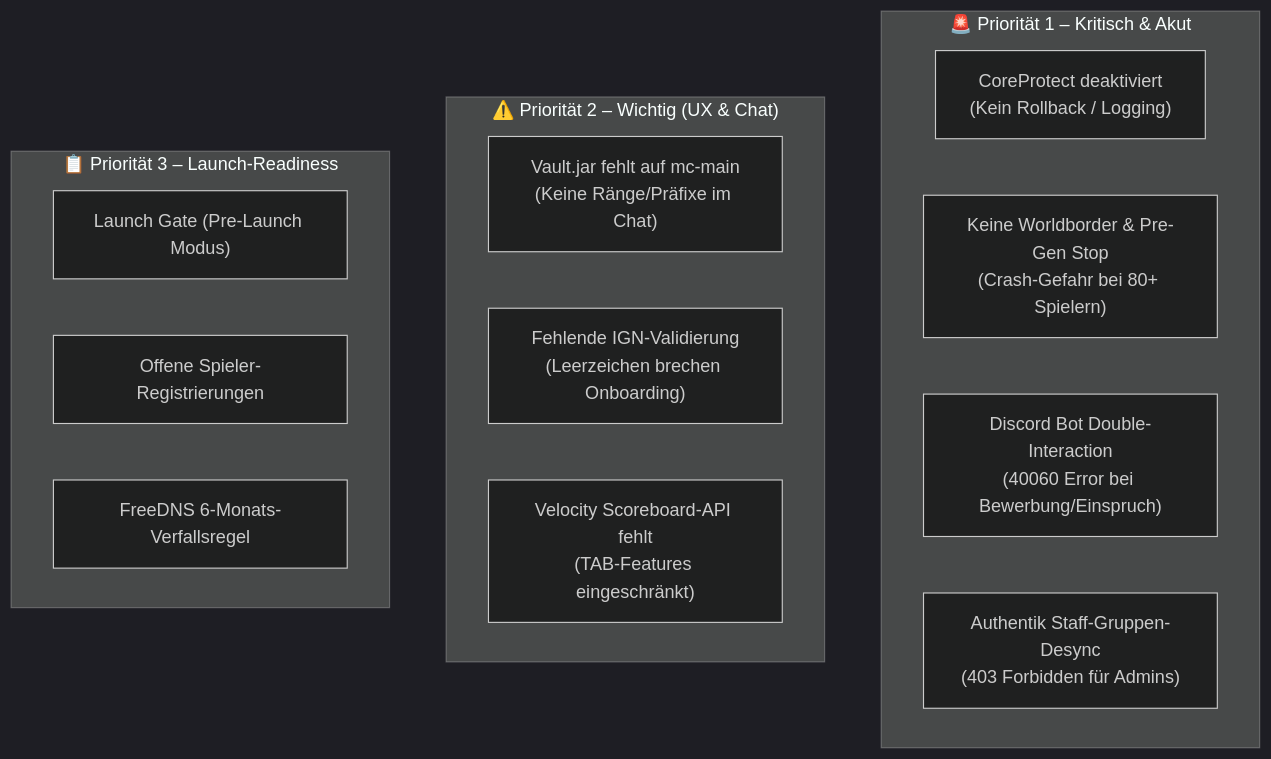
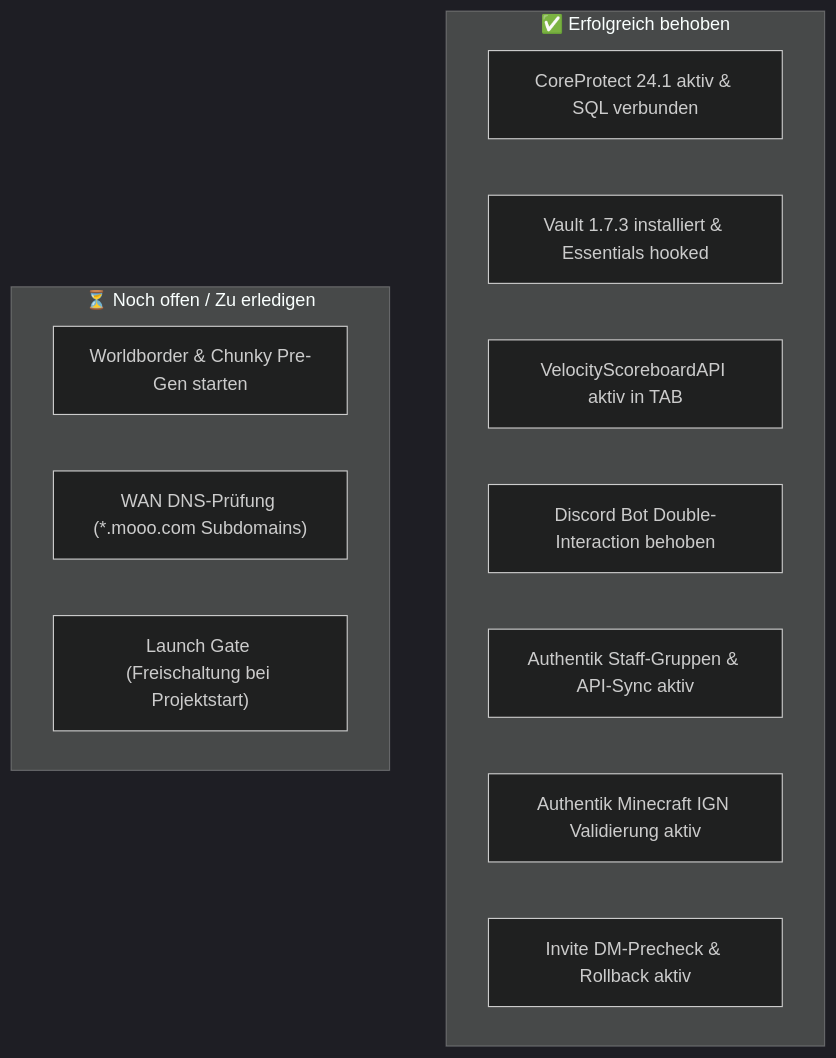
The diagram in docs/open_issues_and_action_items.md (Tigimax/minecraft-weihnachtsdorf-team), drawn with Mermaid (dark theme) before and after one commit. The commit also changed other lines of this file and 5 other files, not shown here.

Commit message:
fix: resolve CoreProtect 26.3, Vault, TAB scoreboard, bot buttons, Authentik validation & DM rollback

````diff
--- a/docs/open_issues_and_action_items.md
+++ b/docs/open_issues_and_action_items.md
@@ -11,21 +10,18 @@
 ```mermaid
 flowchart TD
-    subgraph P1["🚨 Priorität 1 – Kritisch & Akut"]
-        CP["CoreProtect deaktiviert<br/>(Kein Rollback / Logging)"]
-        WB["Keine Worldborder & Pre-Gen Stop<br/>(Crash-Gefahr bei 80+ Spielern)"]
-        BOT["Discord Bot Double-Interaction<br/>(40060 Error bei Bewerbung/Einspruch)"]
-        AK["Authentik Staff-Gruppen-Desync<br/>(403 Forbidden für Admins)"]
+    subgraph SOLVED["✅ Erfolgreich behoben"]
+        CP["CoreProtect 24.1 aktiv & SQL verbunden"]
+        VAULT["Vault 1.7.3 installiert & Essentials hooked"]
+        TAB["VelocityScoreboardAPI aktiv in TAB"]
+        BOT["Discord Bot Double-Interaction behoben"]
+        AK["Authentik Staff-Gruppen & API-Sync aktiv"]
+        IGN["Authentik Minecraft IGN Validierung aktiv"]
+        INV["Invite DM-Precheck & Rollback aktiv"]
     end
 
-    subgraph P2["⚠️ Priorität 2 – Wichtig (UX & Chat)"]
-        VAULT["Vault.jar fehlt auf mc-main<br/>(Keine Ränge/Präfixe im Chat)"]
-        IGN["Fehlende IGN-Validierung<br/>(Leerzeichen brechen Onboarding)"]
-        TAB["Velocity Scoreboard-API fehlt<br/>(TAB-Features eingeschränkt)"]
-    end
-
-    subgraph P3["📋 Priorität 3 – Launch-Readiness"]
-        GATE["Launch Gate (Pre-Launch Modus)"]
-        REG["Offene Spieler-Registrierungen"]
-        DNS["FreeDNS 6-Monats-Verfallsregel"]
+    subgraph OPEN["⏳ Noch offen / Zu erledigen"]
+        WB["Worldborder & Chunky Pre-Gen starten"]
+        WAN["WAN DNS-Prüfung (*.mooo.com Subdomains)"]
+        GATE["Launch Gate (Freischaltung bei Projektstart)"]
     end
 ```
````
